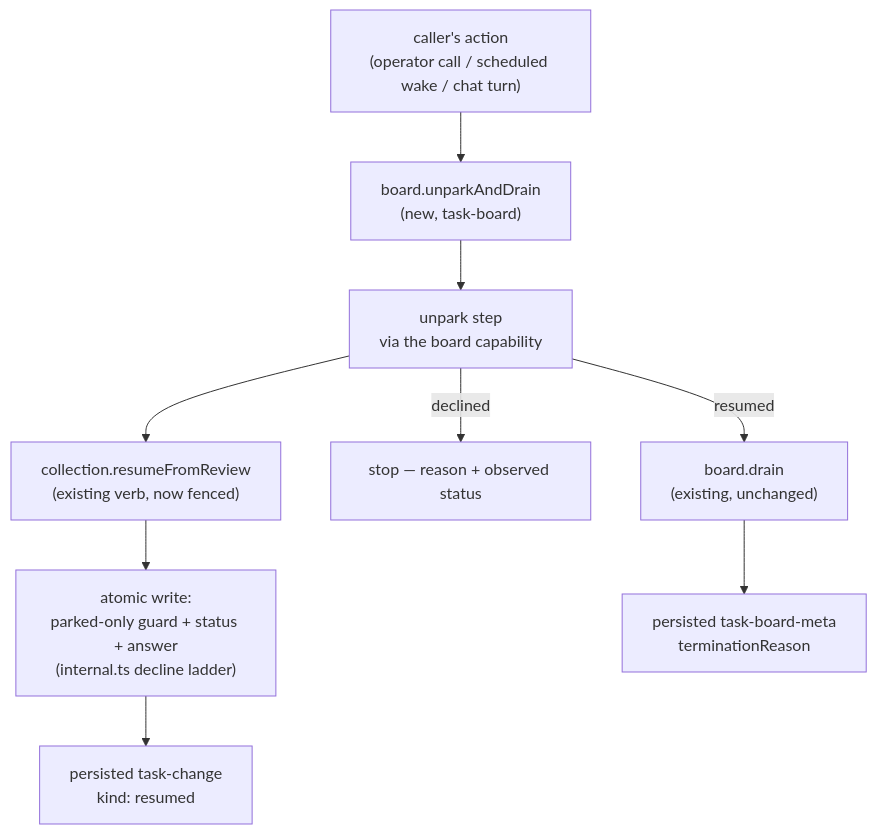
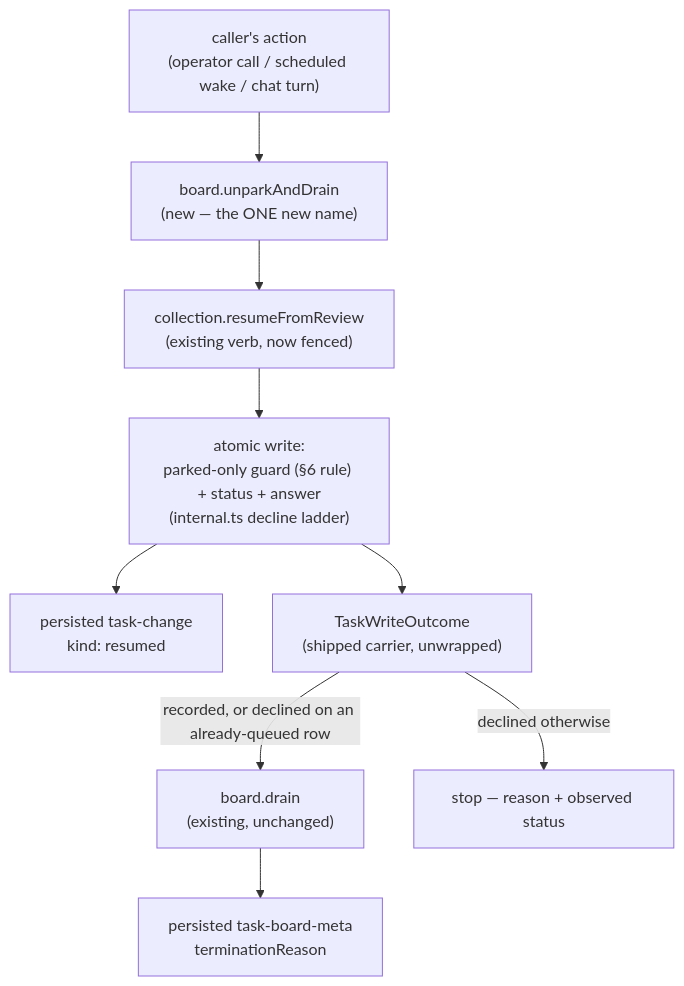
One commit to fixpoint-labs/flow-state-dev changed the diagram in spec/FIX-1244.md. Above: the diagram before and after it, drawn with Mermaid. The commit also changed other lines of this file and 1 other file, not shown here.

First line of the commit message:
spec(FIX-1244): fold spec review — single-source the from-status, cut the surface

````diff
--- a/spec/FIX-1244.md
+++ b/spec/FIX-1244.md
@@ -212,12 +243,12 @@
 ```mermaid
 flowchart TD
   A["caller's action<br/>(operator call / scheduled wake / chat turn)"]
-  A --> B["board.unparkAndDrain<br/>(new, task-board)"]
-  B --> C["unpark step<br/>via the board capability"]
-  C -->|"resumed"| D["board.drain<br/>(existing, unchanged)"]
-  C -->|"declined"| E["stop — reason + observed status"]
-  C --> F["collection.resumeFromReview<br/>(existing verb, now fenced)"]
-  F --> G["atomic write:<br/>parked-only guard + status + answer<br/>(internal.ts decline ladder)"]
+  A --> B["board.unparkAndDrain<br/>(new — the ONE new name)"]
+  B --> F["collection.resumeFromReview<br/>(existing verb, now fenced)"]
+  F --> G["atomic write:<br/>parked-only guard (§6 rule) + status + answer<br/>(internal.ts decline ladder)"]
   G --> H["persisted task-change<br/>kind: resumed"]
+  G --> O["TaskWriteOutcome<br/>(shipped carrier, unwrapped)"]
+  O -->|"recorded, or declined on an already-queued row"| D["board.drain<br/>(existing, unchanged)"]
+  O -->|"declined otherwise"| E["stop — reason + observed status"]
   D --> I["persisted task-board-meta<br/>terminationReason"]
 ```
````
